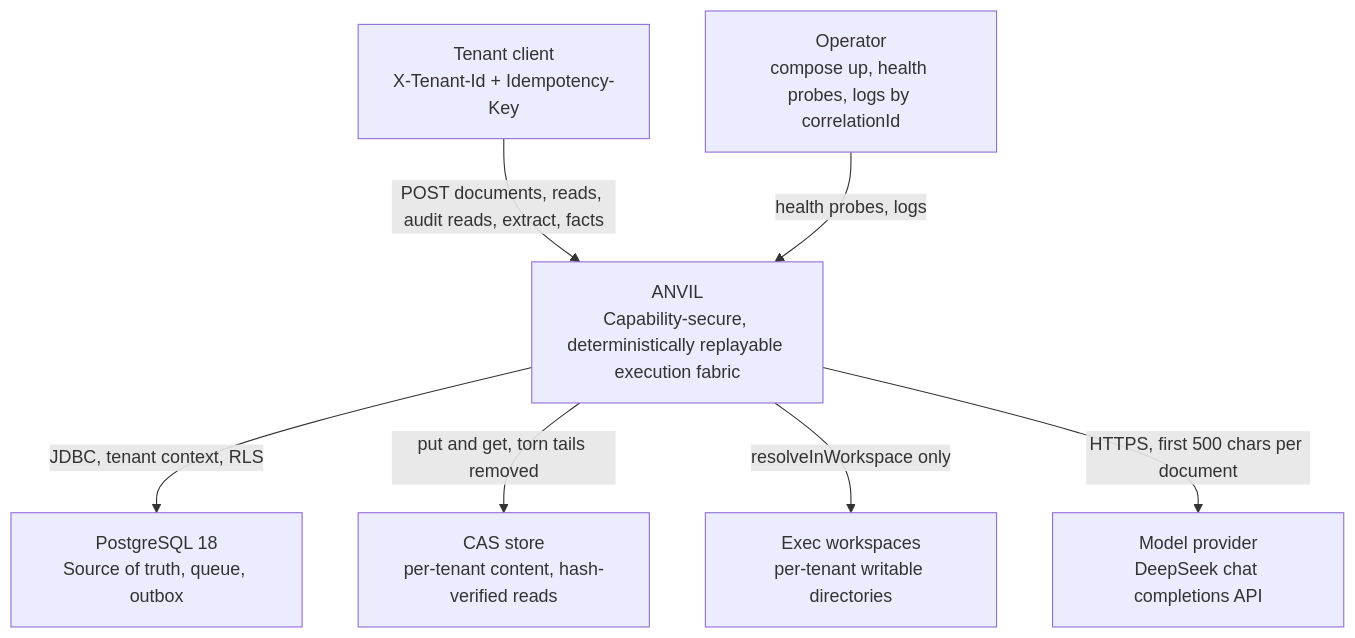
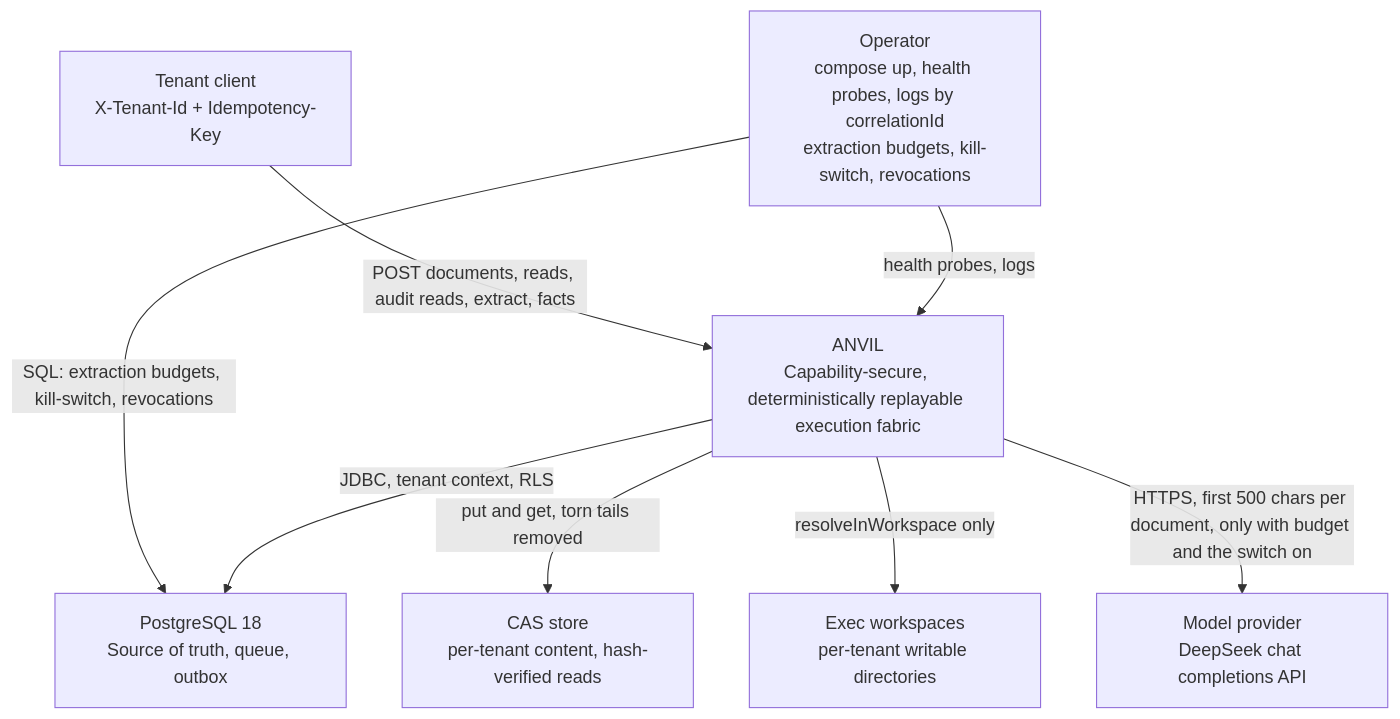
The diagram in docs/architecture/context.mmd (G1DO/anvil), drawn with Mermaid before and after one commit. The commit also changed 7 other files, not shown here.

```diff
--- a/docs/architecture/context.mmd
+++ b/docs/architecture/context.mmd
@@ -1,14 +1,15 @@
 flowchart TB
     tenantClient["Tenant client<br/>X-Tenant-Id + Idempotency-Key"]
-    operator["Operator<br/>compose up, health probes, logs by correlationId"]
+    operator["Operator<br/>compose up, health probes, logs by correlationId<br/>extraction budgets, kill-switch, revocations"]
     anvil["ANVIL<br/>Capability-secure, deterministically replayable execution fabric"]
     postgres["PostgreSQL 18<br/>Source of truth, queue, outbox"]
     casStore["CAS store<br/>per-tenant content, hash-verified reads"]
     execWorkspaces["Exec workspaces<br/>per-tenant writable directories"]
     llm["Model provider<br/>DeepSeek chat completions API"]
     tenantClient -->|POST documents, reads, audit reads, extract, facts| anvil
     operator -->|health probes, logs| anvil
+    operator -->|SQL: extraction budgets, kill-switch, revocations| postgres
     anvil -->|JDBC, tenant context, RLS| postgres
     anvil -->|put and get, torn tails removed| casStore
     anvil -->|resolveInWorkspace only| execWorkspaces
-    anvil -->|HTTPS, first 500 chars per document| llm
+    anvil -->|HTTPS, first 500 chars per document, only with budget and the switch on| llm
```
